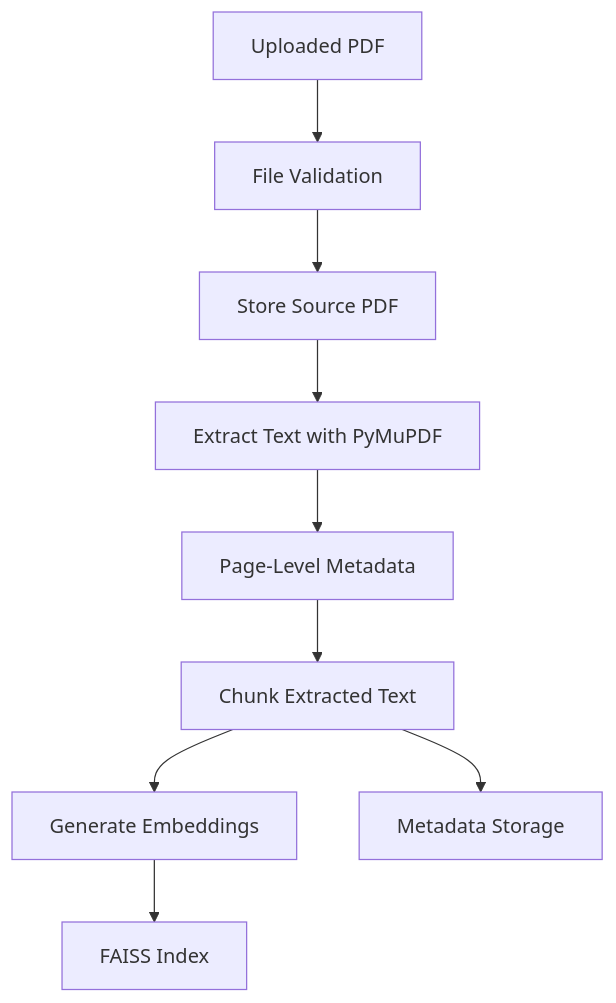
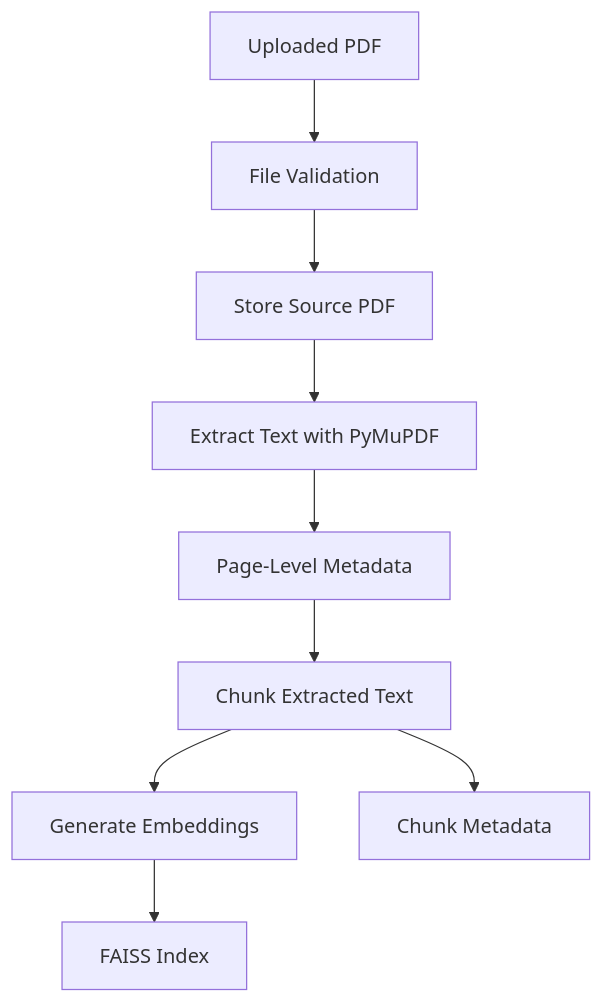
The fourth of 15 diagrams in README.md (NAITIKK682/ProfessorMindAI), drawn with Mermaid before and after one commit. The commit also changed other lines of this file, not shown here.

````diff
--- a/README.md
+++ b/README.md
@@ -535,30 +590,22 @@
 ```mermaid
 flowchart TD
 
     PDF[Uploaded PDF]
-
     VALIDATE[File Validation]
-
     STORE[Store Source PDF]
-
     EXTRACT[Extract Text with PyMuPDF]
-
     PAGE[Page-Level Metadata]
-
     CHUNK[Chunk Extracted Text]
-
     EMBED[Generate Embeddings]
-
     INDEX[FAISS Index]
-
-    METADATA[Metadata Storage]
+    METADATA[Chunk Metadata]
 
     PDF --> VALIDATE
     VALIDATE --> STORE
     STORE --> EXTRACT
     EXTRACT --> PAGE
     PAGE --> CHUNK
     CHUNK --> EMBED
     EMBED --> INDEX
     CHUNK --> METADATA
 ```
````
